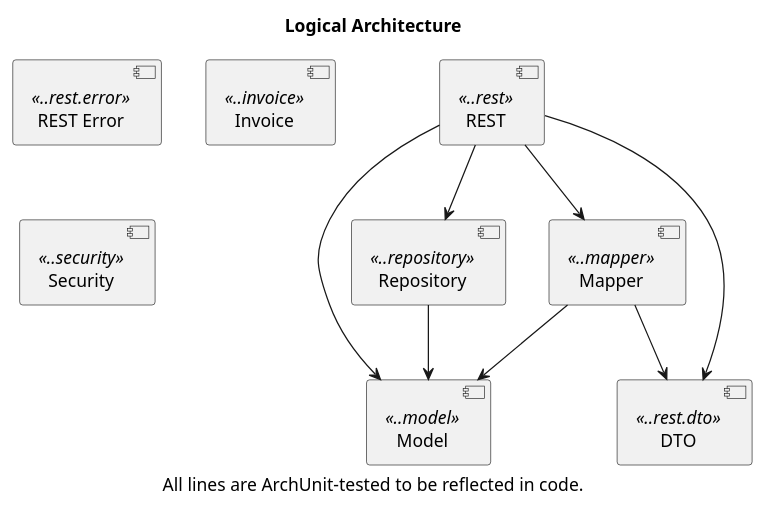
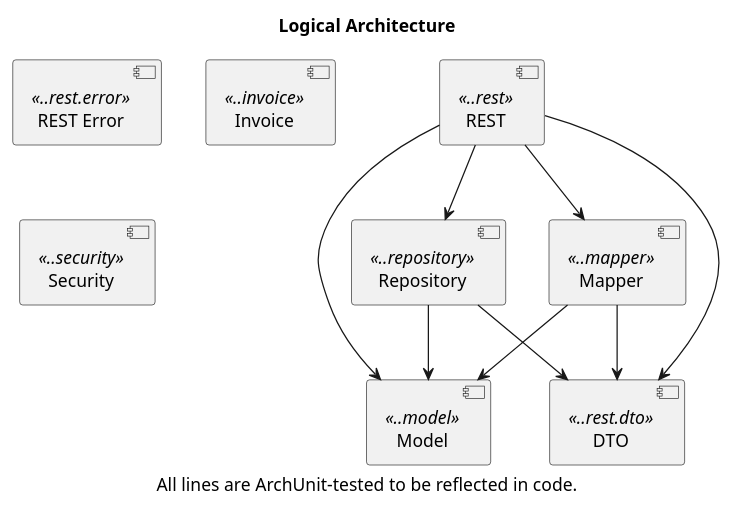
Before and after one commit to victorrentea/petclinic: the diagram in petclinic-backend/docs/packages.puml, drawn with PlantUML. The commit also changed 11 other files, not shown here.

First line of the commit message:
refactor(owners): return OwnerDto directly from repository search/findAll queries

```diff
--- a/petclinic-backend/docs/packages.puml
+++ b/petclinic-backend/docs/packages.puml
@@ -1,23 +1,24 @@
 @startuml
 
 title Logical Architecture
 caption All lines are ArchUnit-tested to be reflected in code.
 
 [Model] <<..model>>
 [Repository] <<..repository>>
 [DTO] <<..rest.dto>>
 [REST Error] <<..rest.error>>
 [Mapper] <<..mapper>>
 [REST] <<..rest>>
 [Invoice] <<..invoice>>
 [Security] <<..security>>
 
 [Repository] --> [Model]
+[Repository] --> [DTO]
 [Mapper] --> [Model]
 [Mapper] --> [DTO]
 [REST] --> [Model]
 [REST] --> [Repository]
 [REST] --> [Mapper]
 [REST] --> [DTO]
 
 @enduml
```
